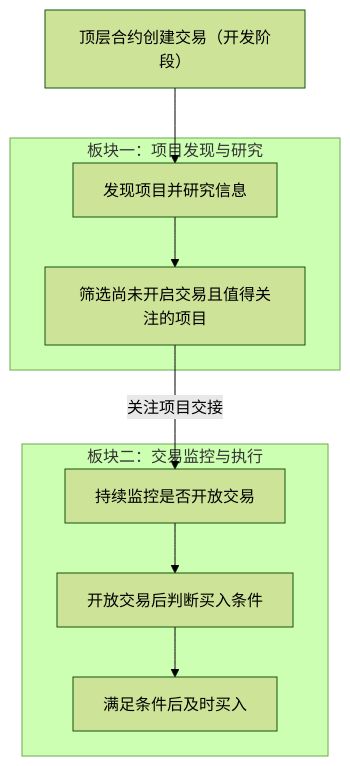
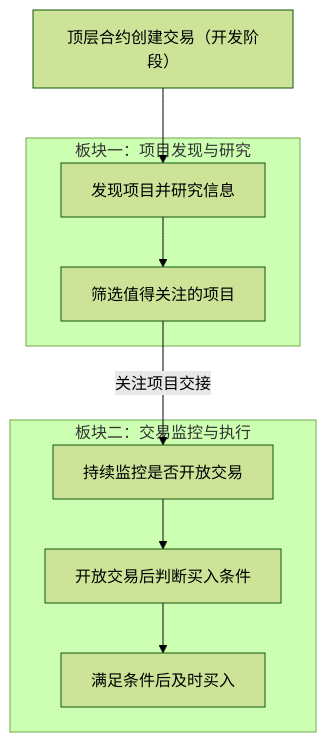
Before and after one commit to useryege/athena-o: the first of 2 diagrams in docs/project/token.md, drawn with Mermaid (forest theme). The commit also changed other lines of this file and 1 other file, not shown here.

````diff
--- a/docs/project/token.md
+++ b/docs/project/token.md
@@ -35,17 +37,17 @@
 ```mermaid
 flowchart TD
     deployed["顶层合约创建交易（开发阶段）"]
     subgraph research["板块一：项目发现与研究"]
         investigate["发现项目并研究信息"]
-        select["筛选尚未开启交易且值得关注的项目"]
+        select["筛选值得关注的项目"]
         investigate --> select
     end
     subgraph execution["板块二：交易监控与执行"]
         monitor["持续监控是否开放交易"]
         conditions["开放交易后判断买入条件"]
         buy["满足条件后及时买入"]
         monitor --> conditions --> buy
     end
     deployed --> investigate
     select -->|"关注项目交接"| monitor
 ```
````
